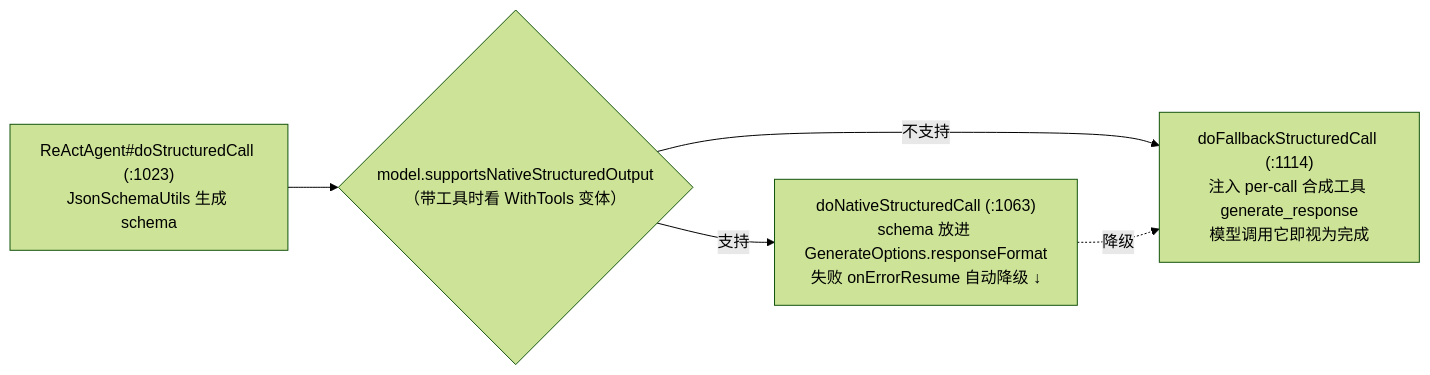
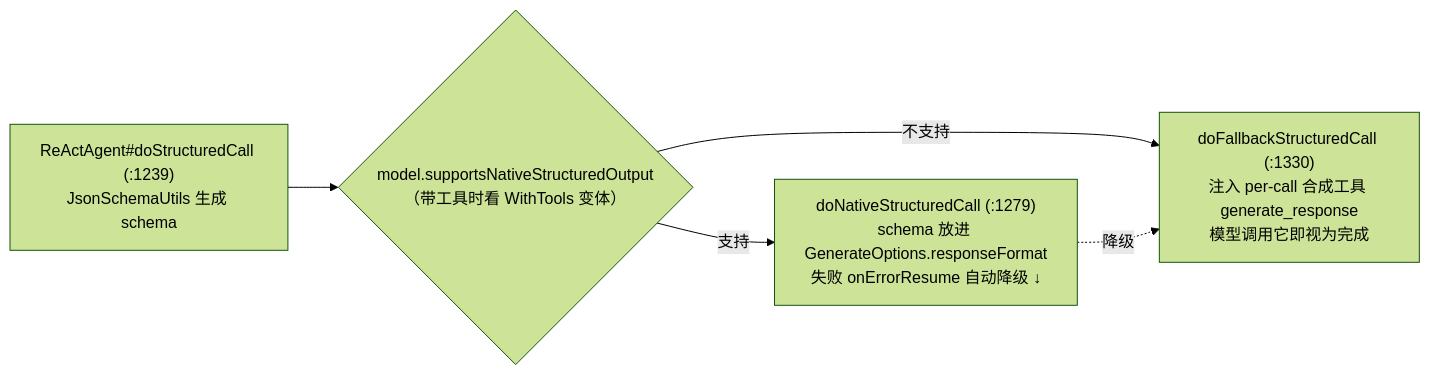
One commit to liulangjietou/AgentScope-source-analysis changed the fourth of 4 diagrams in 03-ReAct主循环.md. Above: the diagram before and after it, drawn with Mermaid (forest theme). The commit also changed other lines of this file and 10 other files, not shown here.

````diff
--- a/03-ReAct主循环.md
+++ b/03-ReAct主循环.md
@@ -177,7 +225,7 @@
 ```mermaid
 flowchart LR
-    SC["ReActAgent#doStructuredCall (:1023)<br/>JsonSchemaUtils 生成 schema"] --> Q{"model.supportsNativeStructuredOutput<br/>（带工具时看 WithTools 变体）"}
-    Q -->|"支持"| NATIVE["doNativeStructuredCall (:1063)<br/>schema 放进 GenerateOptions.responseFormat<br/>失败 onErrorResume 自动降级 ↓"]
-    Q -->|"不支持"| FB["doFallbackStructuredCall (:1114)<br/>注入 per-call 合成工具 generate_response<br/>模型调用它即视为完成"]
+    SC["ReActAgent#doStructuredCall (:1239)<br/>JsonSchemaUtils 生成 schema"] --> Q{"model.supportsNativeStructuredOutput<br/>（带工具时看 WithTools 变体）"}
+    Q -->|"支持"| NATIVE["doNativeStructuredCall (:1279)<br/>schema 放进 GenerateOptions.responseFormat<br/>失败 onErrorResume 自动降级 ↓"]
+    Q -->|"不支持"| FB["doFallbackStructuredCall (:1330)<br/>注入 per-call 合成工具 generate_response<br/>模型调用它即视为完成"]
     NATIVE -.->|"降级"| FB
 ```
````
